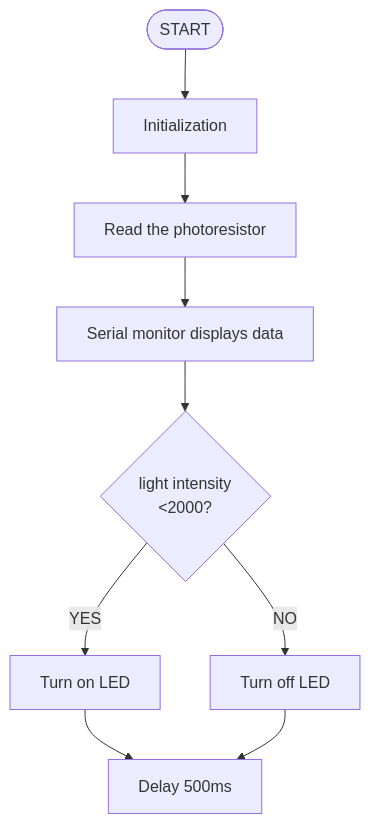
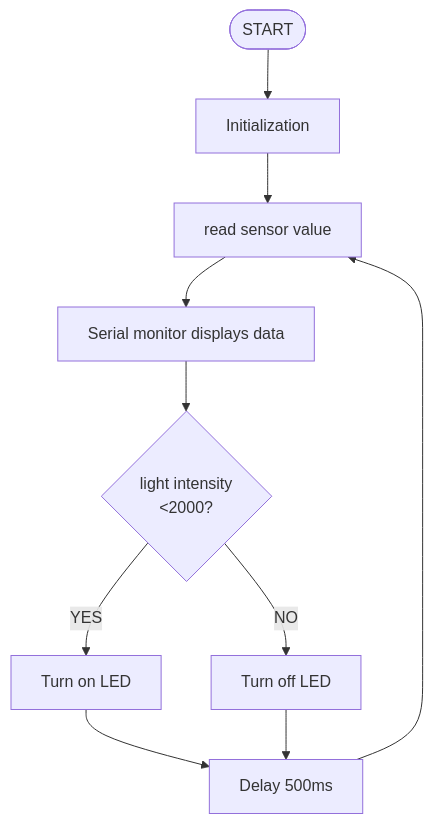
The diagram in docs/4.Arduino Projects/4.3 Projects/Project 1.md (keyestudio/KS0597-), drawn with Mermaid before and after one commit. The commit also changed other lines of this file and 9 other files, not shown here.

````diff
--- a/docs/4.Arduino Projects/4.3 Projects/Project 1.md
+++ b/docs/4.Arduino Projects/4.3 Projects/Project 1.md
@@ -401,10 +347,11 @@
 ```mermaid
 graph TD
     A([START]) --> B[Initialization]
-    B --> C[Read the photoresistor]
+    B --> C[read sensor value]
     C --> D[Serial monitor displays data]
     D --> E{light intensity<br><2000?}
     E -- YES --> F[Turn on LED]
     E -- NO --> G[Turn off LED]
     F & G --> H[Delay 500ms]
+    H --> C
 ```
````
